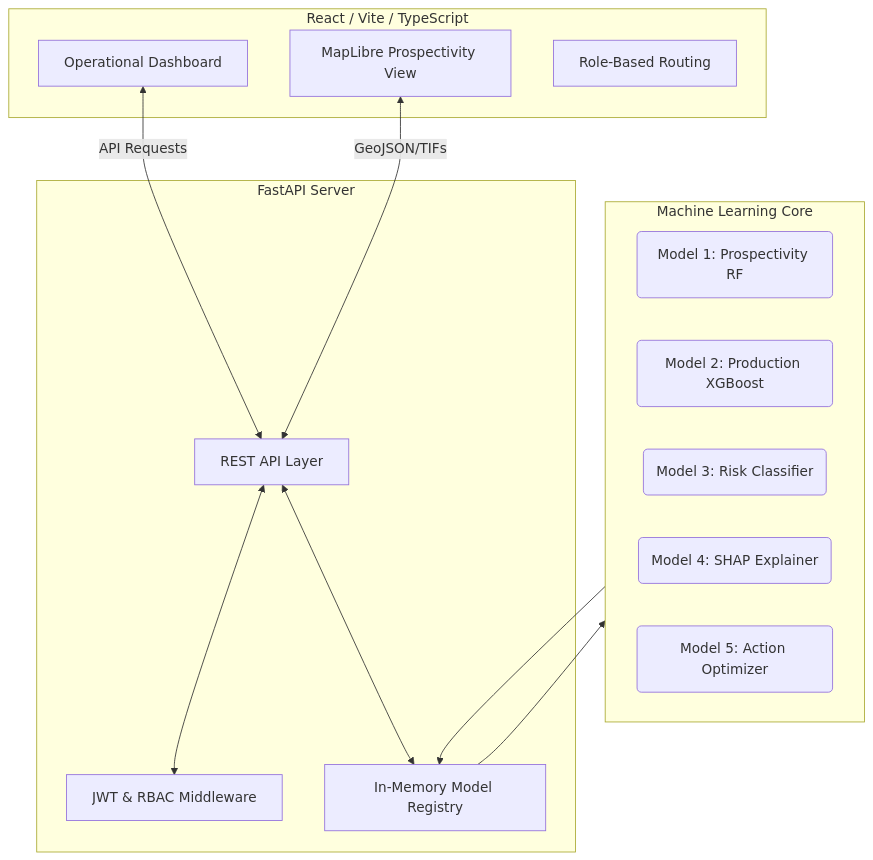
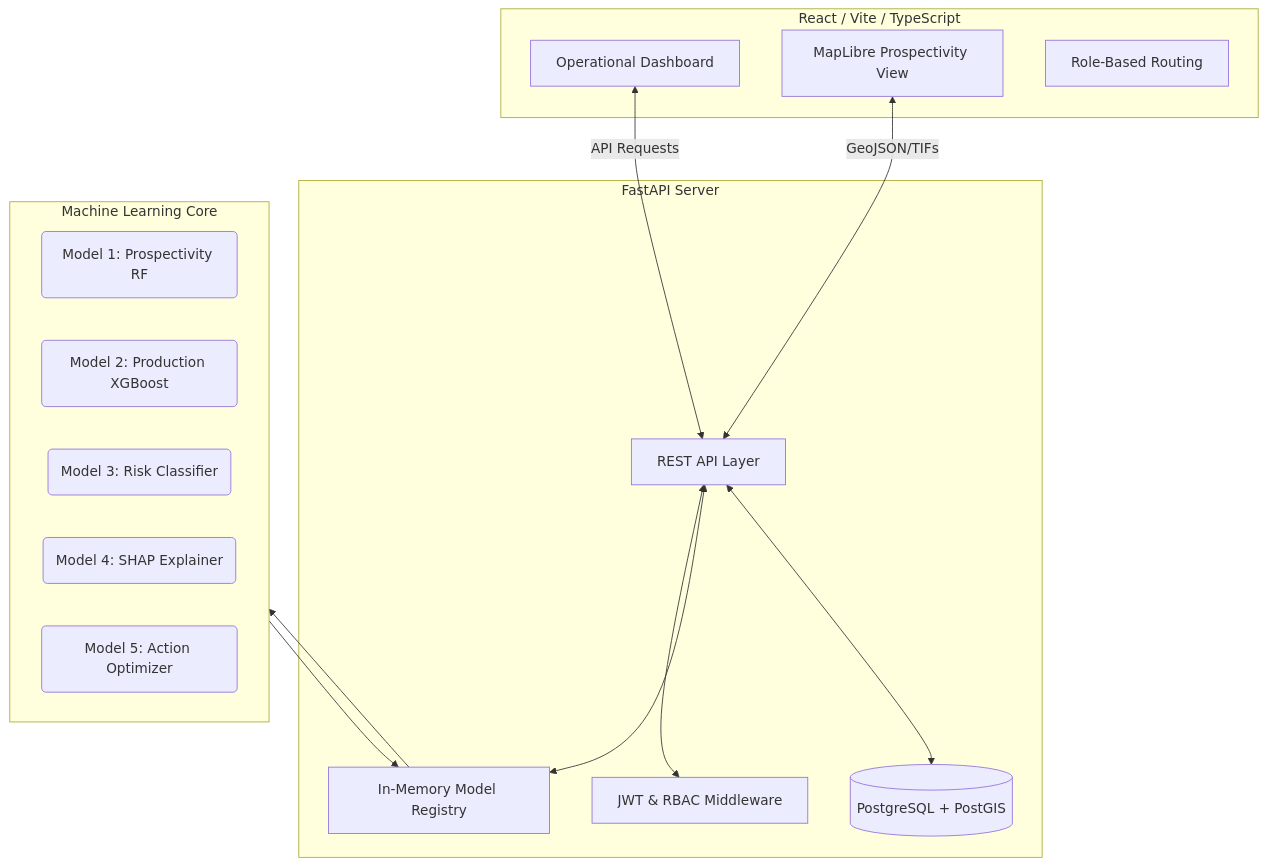
The diagram in README.md (NiranjanS20/SIH-26), drawn with Mermaid before and after one commit. The commit also changed other lines of this file and 17 other files, not shown here.

````diff
--- a/README.md
+++ b/README.md
@@ -35,29 +35,31 @@
 ```mermaid
 graph TD;
     subgraph Frontend [React / Vite / TypeScript]
         UI[Operational Dashboard]
         3D[MapLibre Prospectivity View]
         RBAC[Role-Based Routing]
     end
 
     subgraph Backend [FastAPI Server]
         API[REST API Layer]
         Auth[JWT & RBAC Middleware]
         Reg[In-Memory Model Registry]
+        DB[(PostgreSQL + PostGIS)]
     end
 
     subgraph AI_Engine [Machine Learning Core]
         M1(Model 1: Prospectivity RF)
         M2(Model 2: Production XGBoost)
         M3(Model 3: Risk Classifier)
         M4(Model 4: SHAP Explainer)
         M5(Model 5: Action Optimizer)
     end
 
     UI <-->|API Requests| API
     3D <-->|GeoJSON/TIFs| API
     API <--> Auth
     API <--> Reg
+    API <--> DB
     Reg --> AI_Engine
     AI_Engine --> Reg
 ```
````
